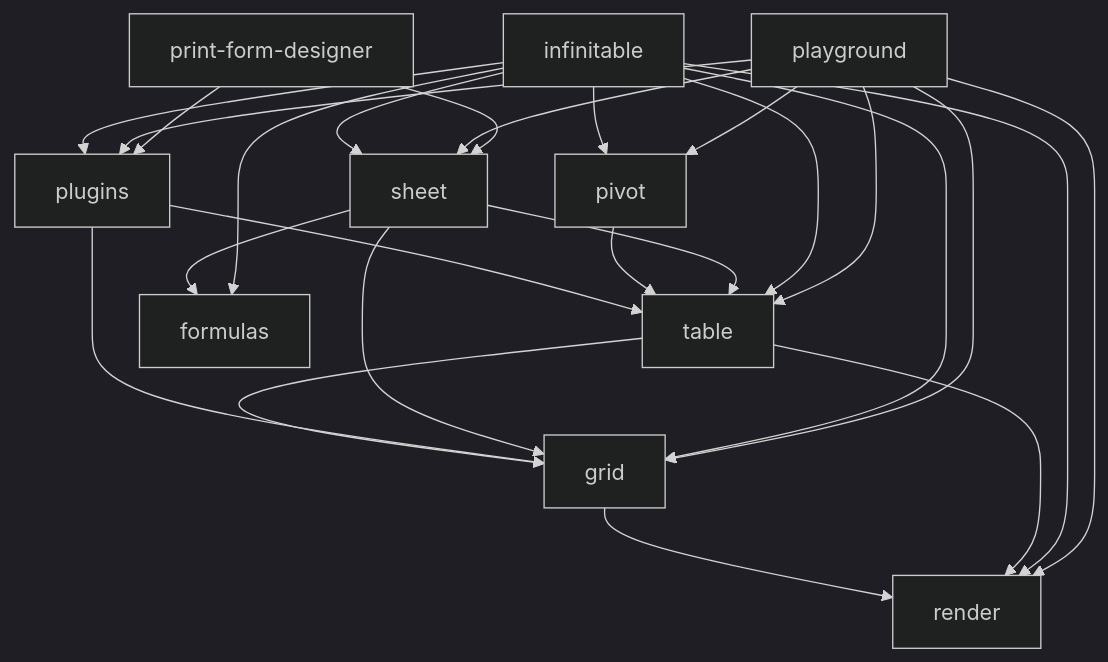
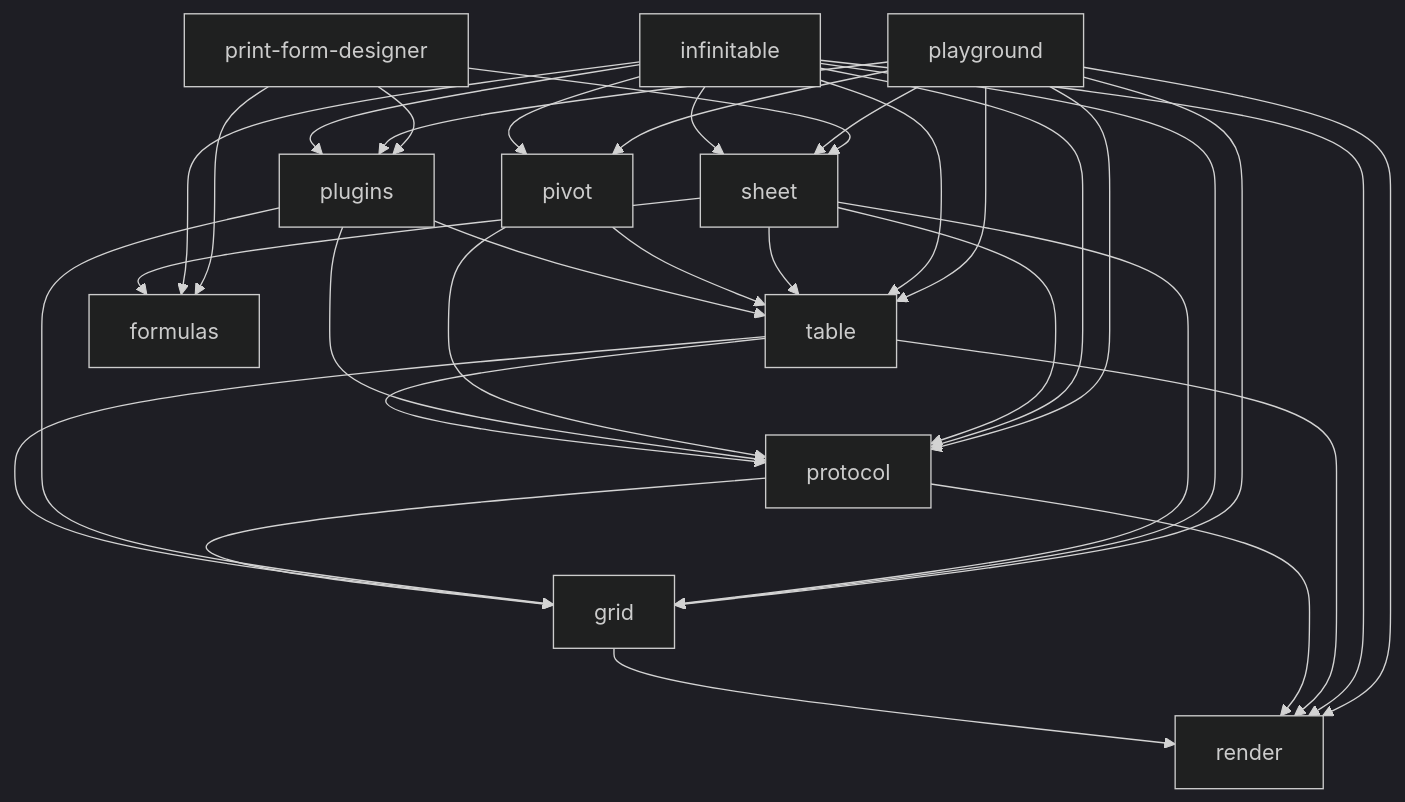
Before and after one commit to cabinet-fe/infinite-table: the diagram in .agents/docs/CODE-MAP.md, drawn with Mermaid (dark theme). The commit also changed other lines of this file and 36 other files, not shown here.

````diff
--- a/.agents/docs/CODE-MAP.md
+++ b/.agents/docs/CODE-MAP.md
@@ -85,27 +91,36 @@
 ```mermaid
 graph TD
     grid --> render
+    protocol --> grid
+    protocol --> render
     table --> grid
     table --> render
+    table --> protocol
     plugins --> table
     plugins --> grid
+    plugins --> protocol
     pivot --> table
+    pivot --> protocol
     sheet --> table
     sheet --> grid
     sheet --> formulas
+    sheet --> protocol
     infinitable --> render
     infinitable --> grid
+    infinitable --> protocol
     infinitable --> table
     infinitable --> formulas
     infinitable --> plugins
     infinitable --> sheet
     infinitable --> pivot
     playground --> grid
     playground --> table
     playground --> render
+    playground --> protocol
     playground --> plugins
     playground --> pivot
     playground --> sheet
+    print-form-designer --> formulas
     print-form-designer --> sheet
     print-form-designer --> plugins
 ```
````
